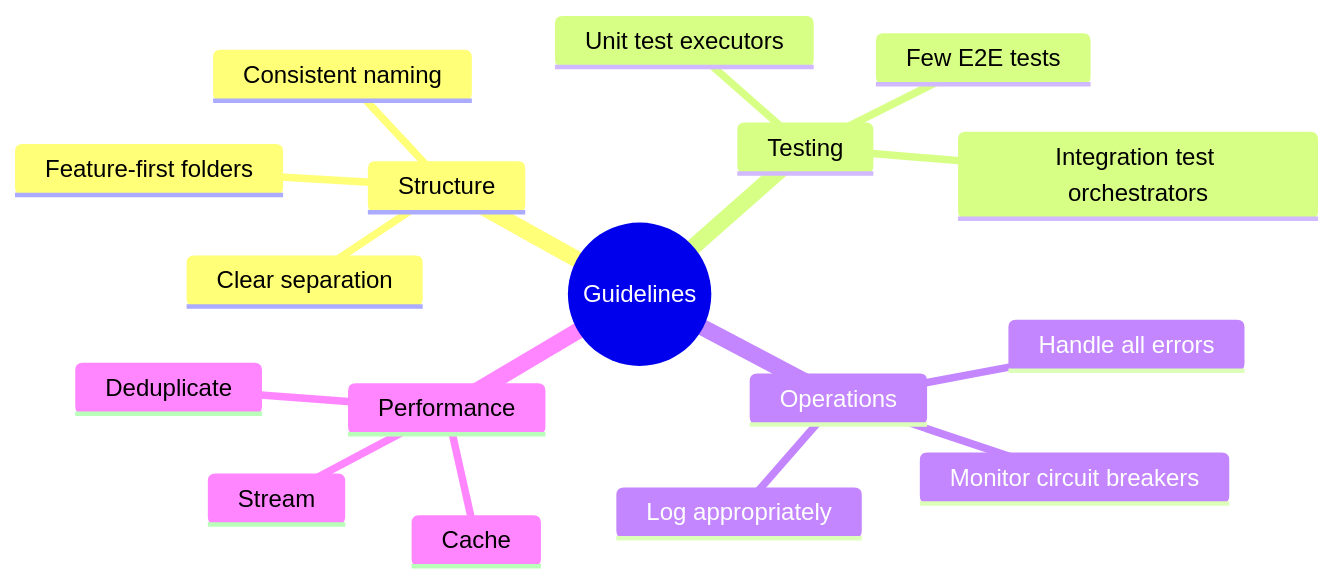
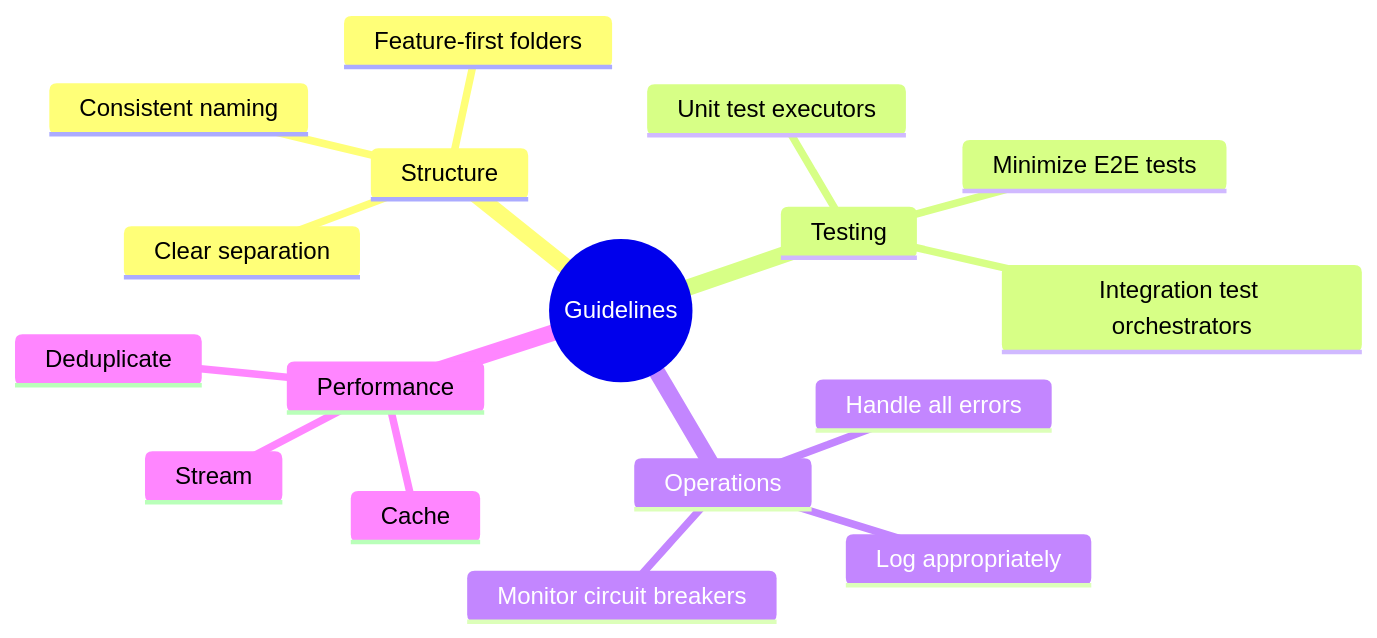
Before and after one commit to lploc94/flutter_orchestrator: diagram 14 of 14 in book/chapters/07_best_practices.md, drawn with Mermaid. The commit also changed other lines of this file and 31 other files, not shown here.

````diff
--- a/book/chapters/07_best_practices.md
+++ b/book/chapters/07_best_practices.md
@@ -321,20 +347,20 @@
 ```mermaid
 mindmap
   root((Guidelines))
     Structure
       Feature-first folders
       Consistent naming
       Clear separation
     Testing
       Unit test executors
       Integration test orchestrators
-      Few E2E tests
+      Minimize E2E tests
     Operations
       Handle all errors
       Log appropriately
       Monitor circuit breakers
     Performance
       Deduplicate
       Cache
       Stream
 ```
````
